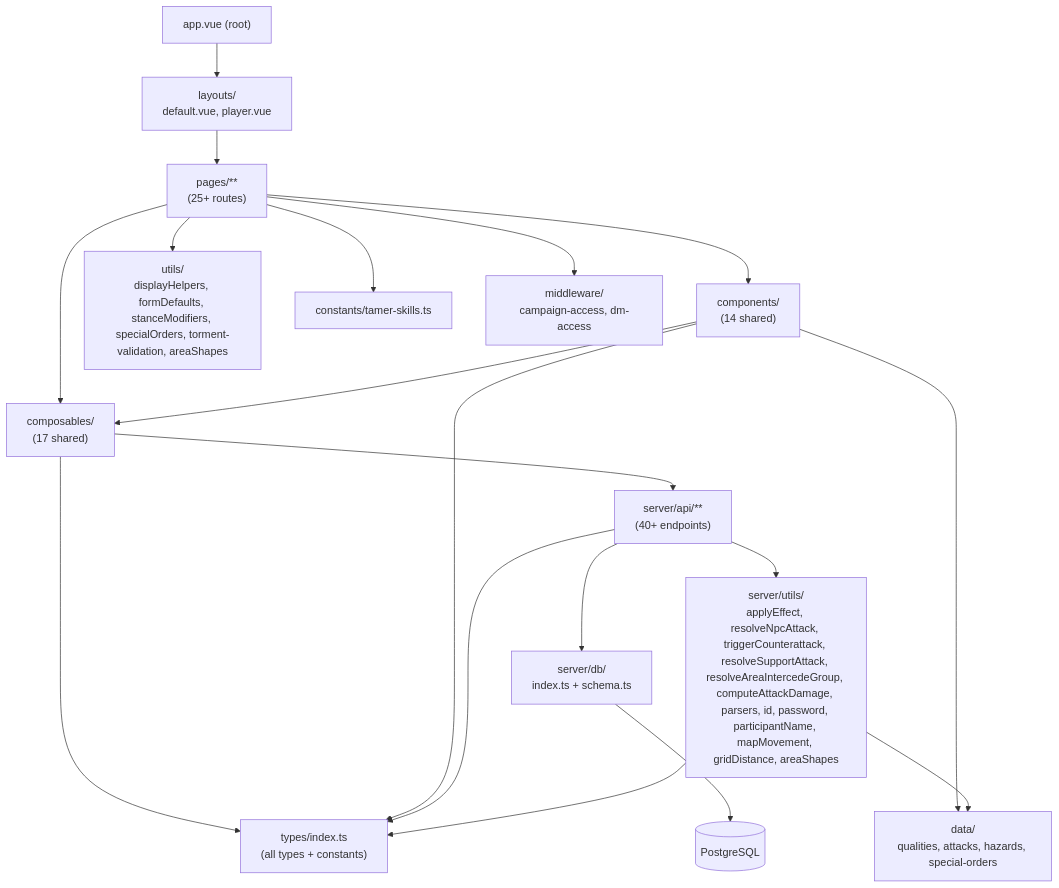
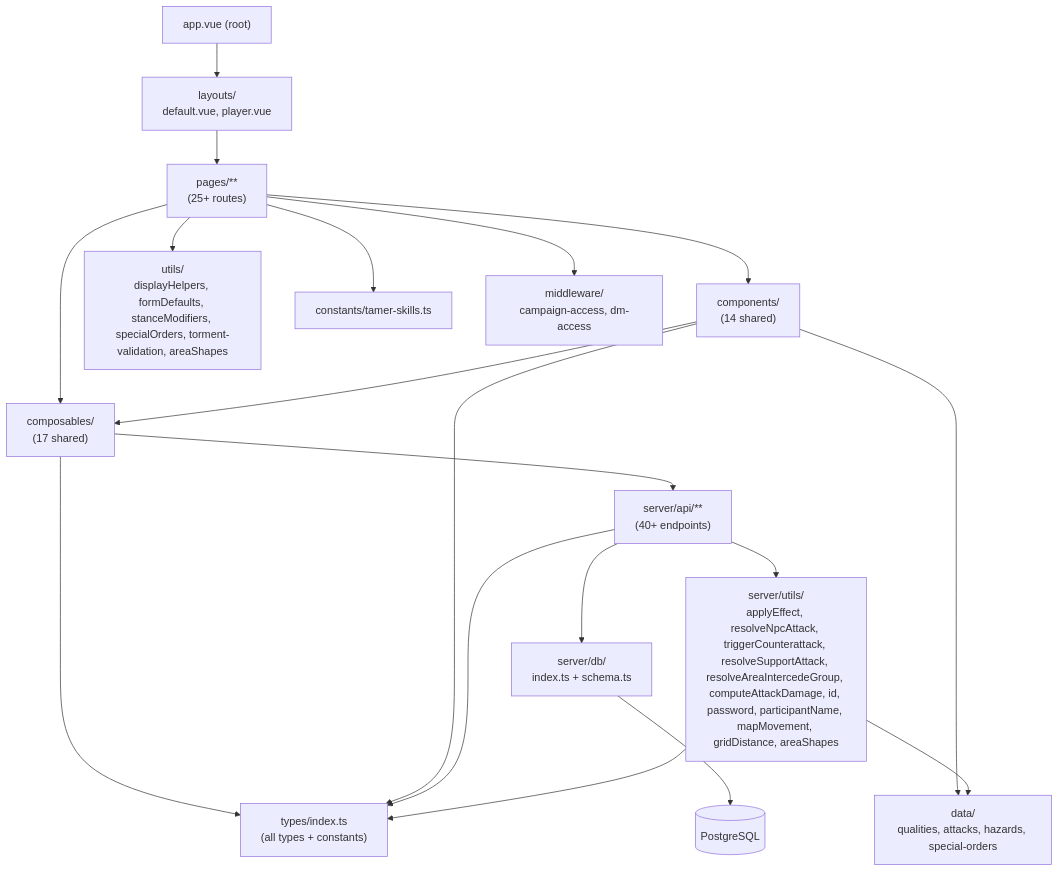
The diagram in PROJECT_MAP.md (Eddy-Above/DDA-Tactics), drawn with Mermaid before and after one commit. The commit also changed other lines of this file and 63 other files, not shown here.

````diff
--- a/PROJECT_MAP.md
+++ b/PROJECT_MAP.md
@@ -513,35 +517,35 @@
 ```mermaid
 flowchart TD
     App["app.vue (root)"]
     Layouts["layouts/\ndefault.vue, player.vue"]
     Pages["pages/**\n(25+ routes)"]
     Components["components/\n(14 shared)"]
     Composables["composables/\n(17 shared)"]
     Types["types/index.ts\n(all types + constants)"]
     Data["data/\nqualities, attacks, hazards, special-orders"]
     Utils["utils/\ndisplayHelpers, formDefaults, stanceModifiers, specialOrders, torment-validation, areaShapes"]
     Constants["constants/tamer-skills.ts"]
     Middleware["middleware/\ncampaign-access, dm-access"]
     ServerAPI["server/api/**\n(40+ endpoints)"]
-    ServerUtils["server/utils/\napplyEffect, resolveNpcAttack, triggerCounterattack, resolveSupportAttack, resolveAreaIntercedeGroup, computeAttackDamage, parsers, id, password, participantName, mapMovement, gridDistance, areaShapes"]
+    ServerUtils["server/utils/\napplyEffect, resolveNpcAttack, triggerCounterattack, resolveSupportAttack, resolveAreaIntercedeGroup, computeAttackDamage, id, password, participantName, mapMovement, gridDistance, areaShapes"]
     DB["server/db/\nindex.ts + schema.ts"]
     Postgres[("PostgreSQL")]
 
     App --> Layouts --> Pages
     Pages --> Components
     Pages --> Composables
     Components --> Composables
     Composables --> Types
     Composables --> ServerAPI
     Components --> Types
     Components --> Data
     Pages --> Middleware
     Pages --> Utils
     Pages --> Constants
     ServerAPI --> DB
     ServerAPI --> ServerUtils
     ServerAPI --> Types
     ServerUtils --> Types
     ServerUtils --> Data
     DB --> Postgres
 ```
````
